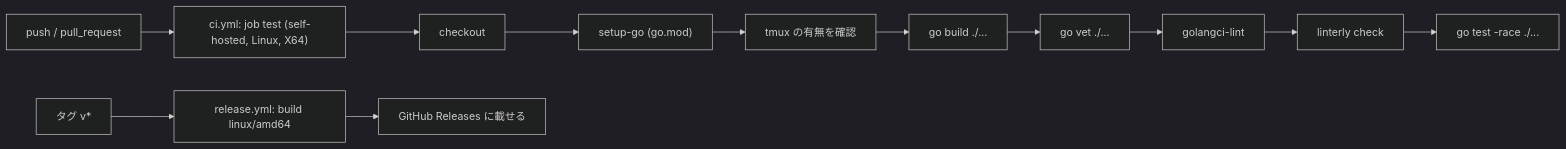
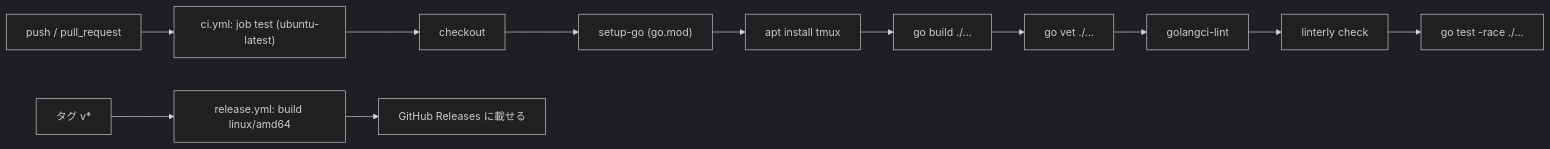
Before and after one commit to ousiassllc/swarm-console: the diagram in docs/environment/setup.md, drawn with Mermaid (dark theme). The commit also changed other lines of this file and 4 other files, not shown here.

Commit message:
ci: runs-on を GitHub ホストの ubuntu-latest に戻し、tmux はジョブ内で apt により入れる

````diff
--- a/docs/environment/setup.md
+++ b/docs/environment/setup.md
@@ -90,7 +90,7 @@
 ```mermaid
 flowchart LR
-    T["push / pull_request"] --> J["ci.yml: job test (self-hosted, Linux, X64)"]
-    J --> S1["checkout"] --> S2["setup-go (go.mod)"] --> S3["tmux の有無を確認"]
+    T["push / pull_request"] --> J["ci.yml: job test (ubuntu-latest)"]
+    J --> S1["checkout"] --> S2["setup-go (go.mod)"] --> S3["apt install tmux"]
     S3 --> S4["go build ./..."] --> S5["go vet ./..."] --> S6["golangci-lint"] --> S7["linterly check"] --> S8["go test -race ./..."]
     TAG["タグ v*"] --> R["release.yml: build linux/amd64"] --> REL["GitHub Releases に載せる"]
 ```
````
